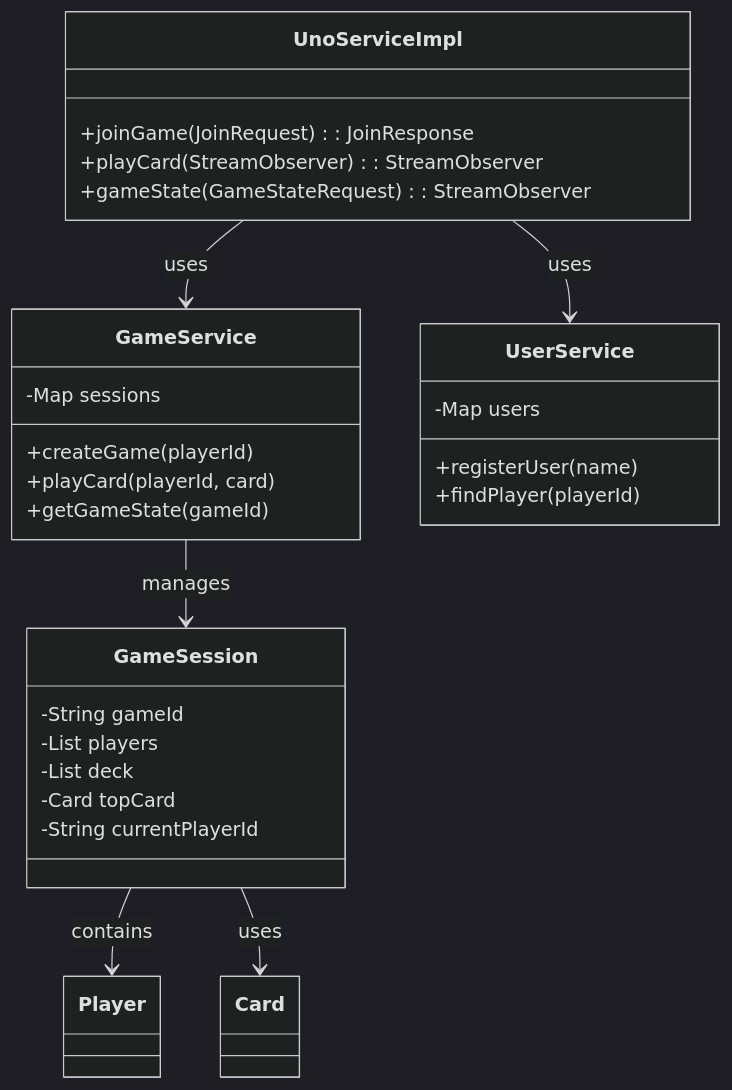
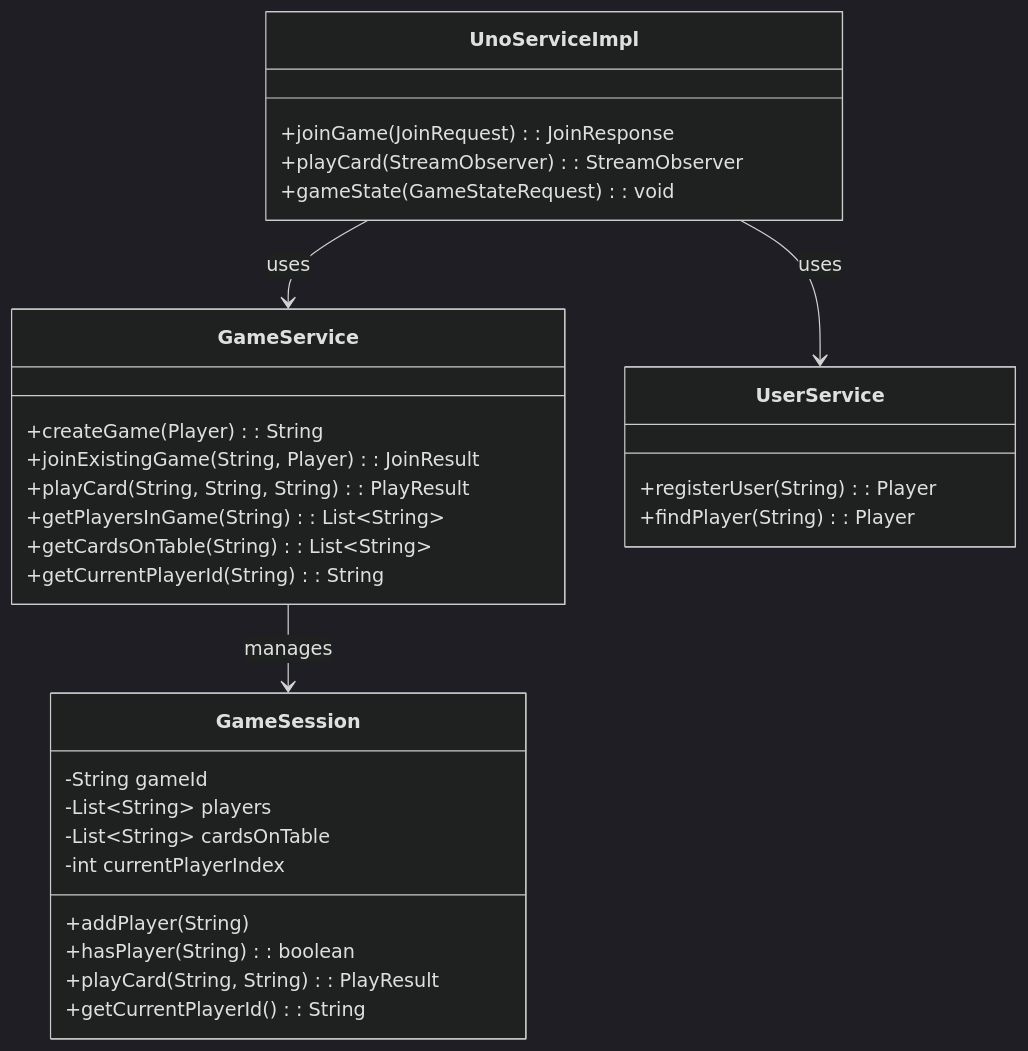
Before and after one commit to YashzAlphaGeek/FluxRPC: the first of 3 diagrams in uno-rpc/uno-backend/README.md, drawn with Mermaid (dark theme). The commit also changed other lines of this file, not shown here.

Commit message:
update uno card README

````diff
--- a/uno-rpc/uno-backend/README.md
+++ b/uno-rpc/uno-backend/README.md
@@ -40,35 +40,37 @@
 ```mermaid
 classDiagram
     class UnoServiceImpl {
         +joinGame(JoinRequest) : JoinResponse
         +playCard(StreamObserver<PlayResponse>) : StreamObserver<PlayRequest>
-        +gameState(GameStateRequest) : StreamObserver<GameStateResponse>
+        +gameState(GameStateRequest) : void
     }
 
     class GameService {
-        -Map<String, GameSession> sessions
-        +createGame(playerId)
-        +playCard(playerId, card)
-        +getGameState(gameId)
+        +createGame(Player) : String
+        +joinExistingGame(String, Player) : JoinResult
+        +playCard(String, String, String) : PlayResult
+        +getPlayersInGame(String) : List~String~
+        +getCardsOnTable(String) : List~String~
+        +getCurrentPlayerId(String) : String
     }
 
     class UserService {
-        -Map<String, Player> users
-        +registerUser(name)
-        +findPlayer(playerId)
+        +registerUser(String) : Player
+        +findPlayer(String) : Player
     }
 
     class GameSession {
         -String gameId
-        -List<Player> players
-        -List<Card> deck
-        -Card topCard
-        -String currentPlayerId
+        -List~String~ players
+        -List~String~ cardsOnTable
+        -int currentPlayerIndex
+        +addPlayer(String)
+        +hasPlayer(String) : boolean
+        +playCard(String, String) : PlayResult
+        +getCurrentPlayerId() : String
     }
 
     UnoServiceImpl --> GameService : uses
     UnoServiceImpl --> UserService : uses
     GameService --> GameSession : manages
-    GameSession --> Player : contains
-    GameSession --> Card : uses
 ```
````
